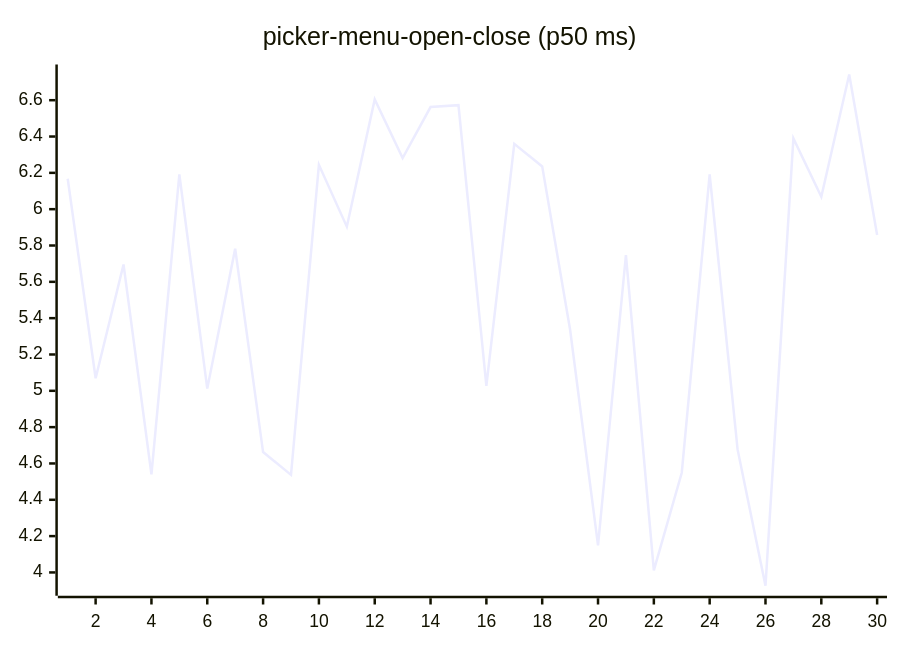
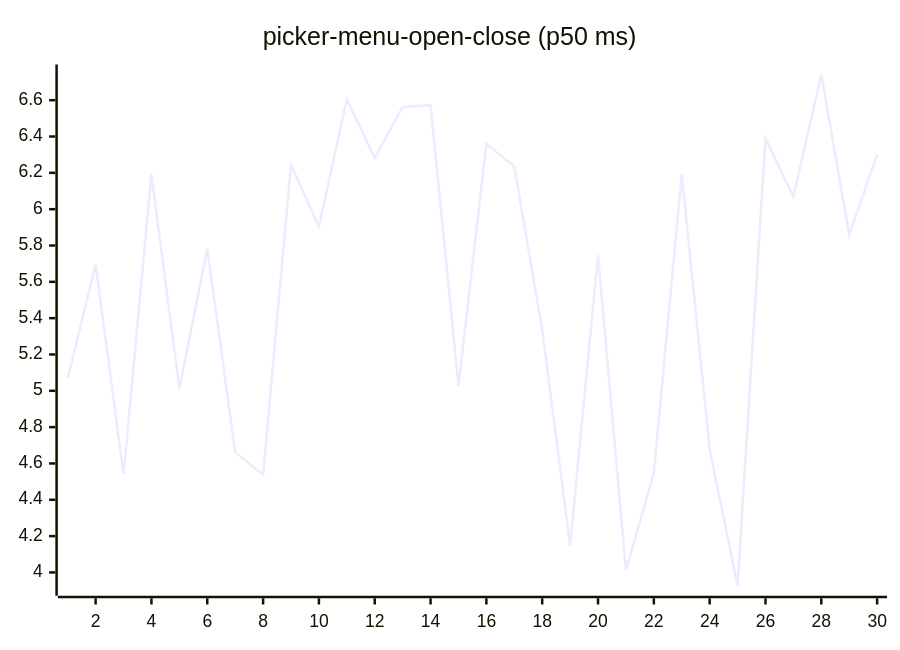
Before and after one commit to josha/Facet: diagram 16 of 27 in README.md, drawn with Mermaid. The commit also changed other lines of this file and 2 other files, not shown here.

````diff
--- a/README.md
+++ b/README.md
@@ -168,6 +168,6 @@
 ```mermaid
 xychart-beta
     title "picker-menu-open-close (p50 ms)"
     x-axis 1 --> 30
-    line [6.1676, 5.0690, 5.6954, 4.5402, 6.1912, 5.0120, 5.7822, 4.6627, 4.5372, 6.2442, 5.9038, 6.6044, 6.2815, 6.5623, 6.5728, 5.0278, 6.3599, 6.2355, 5.3362, 4.1492, 5.7473, 4.0112, 4.5489, 6.1919, 4.6774, 3.9267, 6.3897, 6.0683, 6.7415, 5.8582]
+    line [5.0690, 5.6954, 4.5402, 6.1912, 5.0120, 5.7822, 4.6627, 4.5372, 6.2442, 5.9038, 6.6044, 6.2815, 6.5623, 6.5728, 5.0278, 6.3599, 6.2355, 5.3362, 4.1492, 5.7473, 4.0112, 4.5489, 6.1919, 4.6774, 3.9267, 6.3897, 6.0683, 6.7415, 5.8582, 6.3016]
 ```
````
